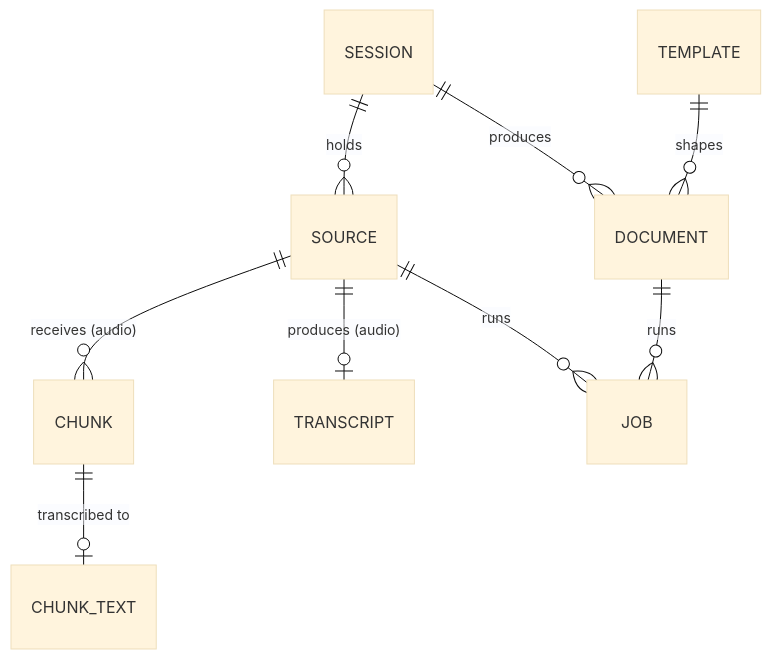
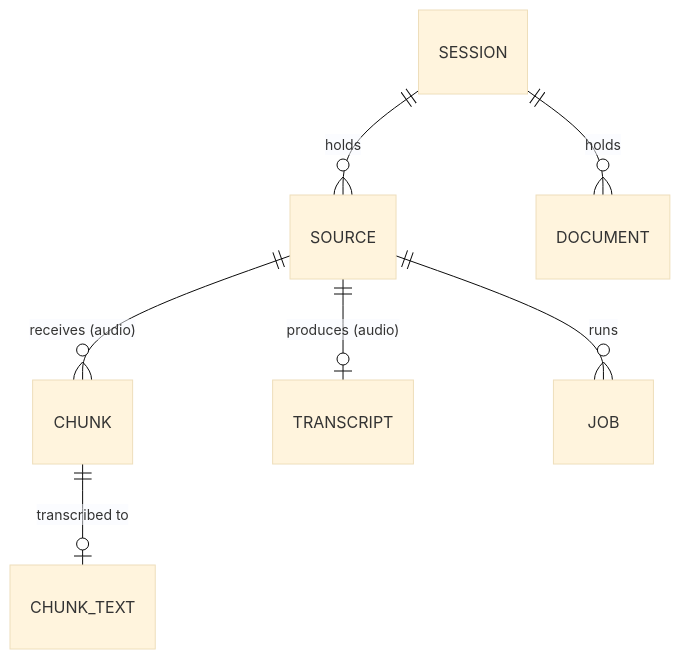
Before and after one commit to eka-care/scribeexchangeprotocol: the second of 2 diagrams in spec/02-architecture.md, drawn with Mermaid (base theme). The commit also changed other lines of this file and 24 other files, not shown here.

````diff
--- a/spec/02-architecture.md
+++ b/spec/02-architecture.md
@@ -67,11 +66,9 @@
 ```mermaid
 erDiagram
   SESSION ||--o{ SOURCE : holds
   SOURCE ||--o{ CHUNK : "receives (audio)"
   CHUNK ||--o| CHUNK_TEXT : "transcribed to"
   SOURCE ||--o| TRANSCRIPT : "produces (audio)"
-  SESSION ||--o{ DOCUMENT : produces
-  TEMPLATE ||--o{ DOCUMENT : shapes
+  SESSION ||--o{ DOCUMENT : holds
   SOURCE ||--o{ JOB : runs
-  DOCUMENT ||--o{ JOB : runs
 ```
````
